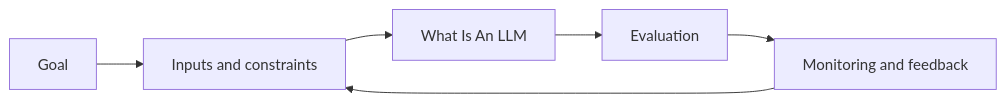
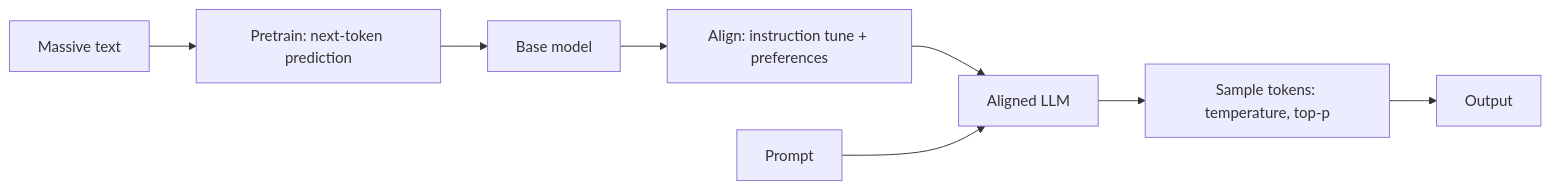
The diagram in llms/01-what-is-an-llm.md (Icon1cc/Machine-Learning), drawn with Mermaid before and after one commit. The commit also changed other lines of this file and 118 other files, not shown here.

````diff
--- a/llms/01-what-is-an-llm.md
+++ b/llms/01-what-is-an-llm.md
@@ -93,8 +73,10 @@
 ```mermaid
 flowchart LR
-    A[Goal] --> B[Inputs and constraints]
-    B --> C[What Is An LLM]
-    C --> D[Evaluation]
-    D --> E[Monitoring and feedback]
-    E --> B
+    A[Massive text] --> B[Pretrain: next-token prediction]
+    B --> C[Base model]
+    C --> D[Align: instruction tune + preferences]
+    D --> E[Aligned LLM]
+    F[Prompt] --> E
+    E --> G[Sample tokens: temperature, top-p]
+    G --> H[Output]
 ```
````
